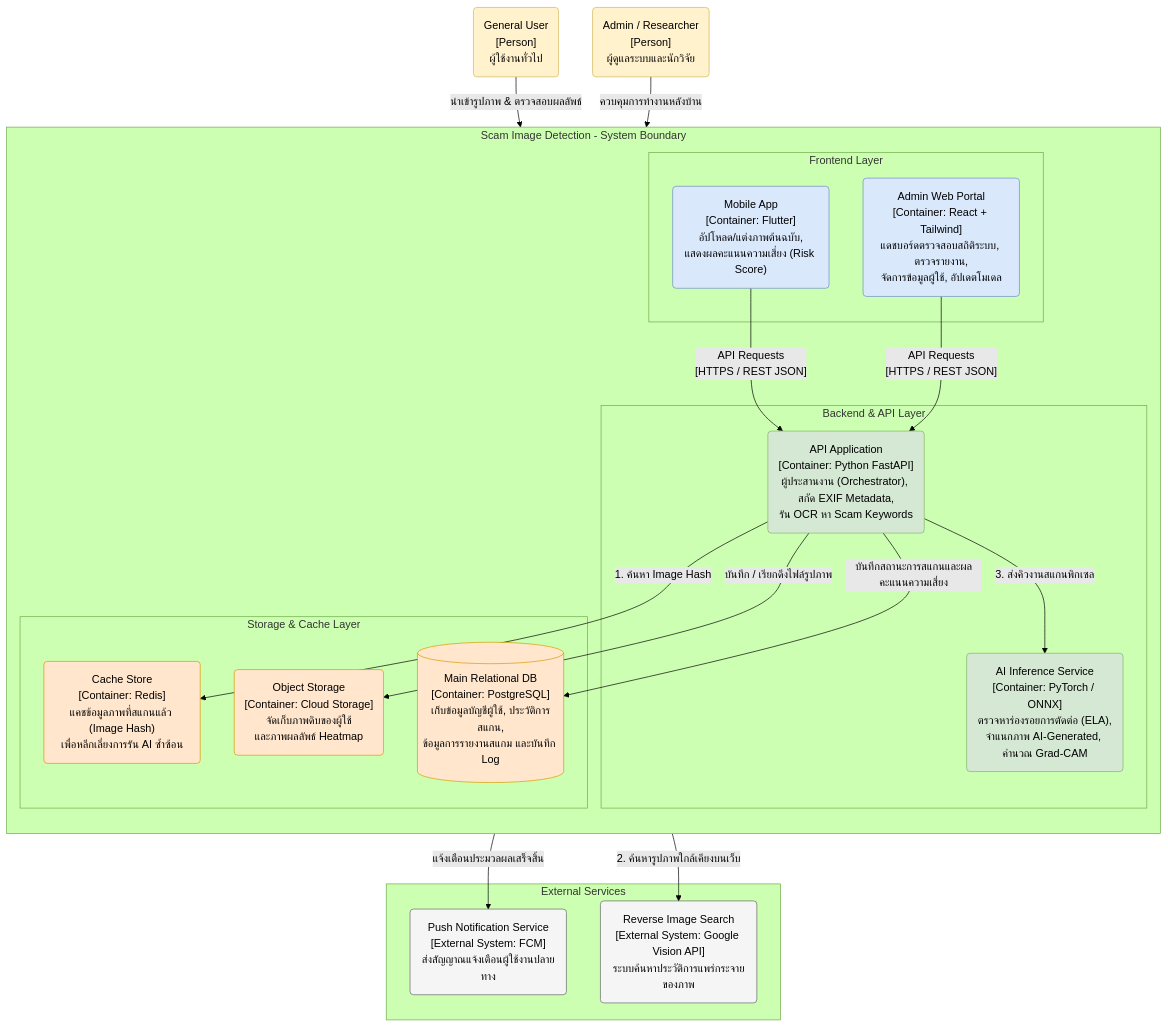
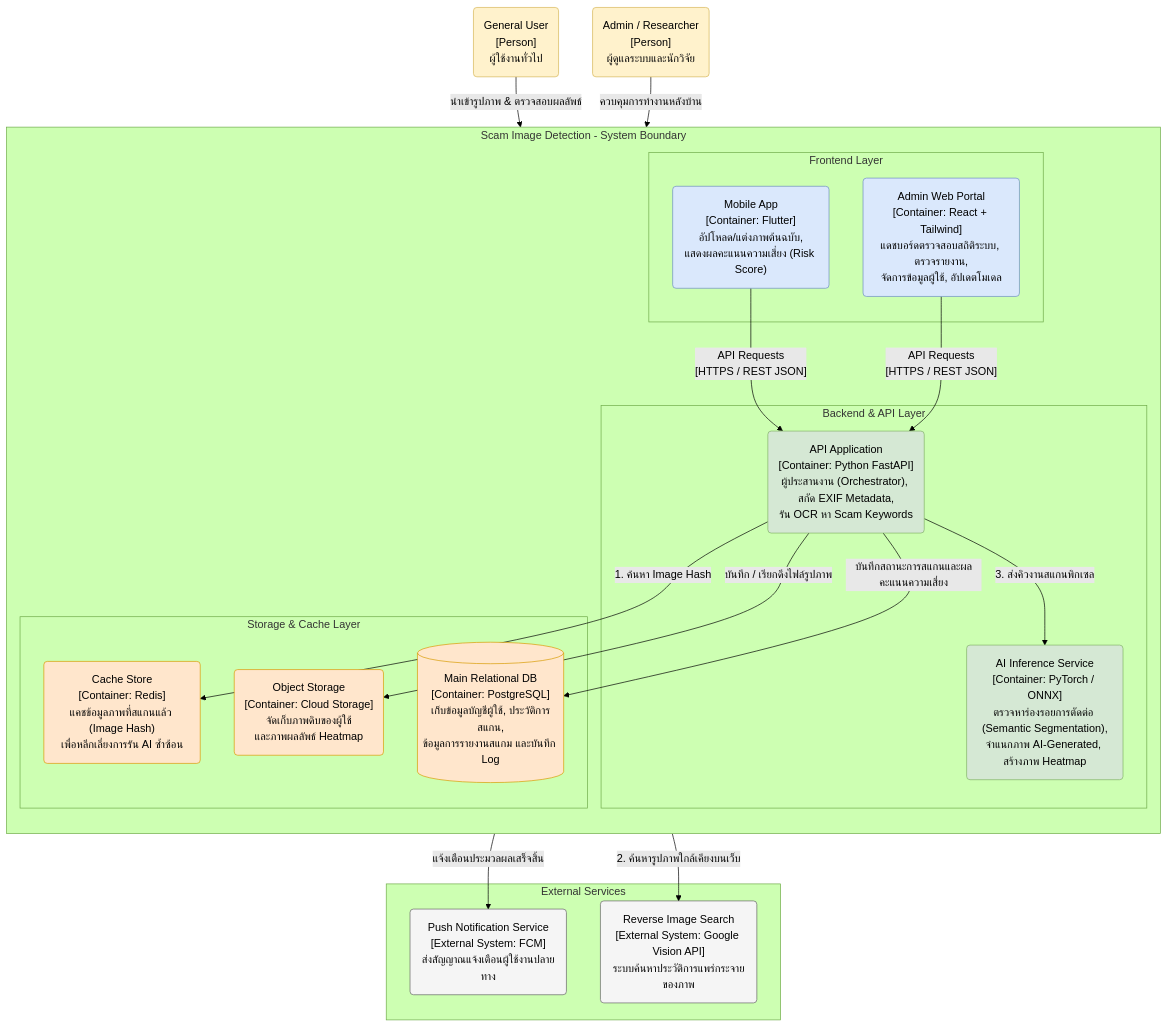
Before and after one commit to Panuwat-ta/project: the second of 3 diagrams in design/architecture.md, drawn with Mermaid (forest theme). The commit also changed other lines of this file and 61 other files, not shown here.

Commit message:
refactor: update documentation terminology by replacing ELA and outdated model metrics with semantic segmentation standards across project wiki and web docs

````diff
--- a/design/architecture.md
+++ b/design/architecture.md
@@ -80,62 +80,62 @@
 ```mermaid
 flowchart TB
     %% การตั้งค่า Class สีต่างๆ
     classDef userFill fill:#fff2cc,stroke:#d6b656,color:black
     classDef clientFill fill:#dae8fc,stroke:#6c8ebf,color:black
     classDef backendFill fill:#d5e8d4,stroke:#82b366,color:black
     classDef storageFill fill:#ffe6cc,stroke:#d79b00,color:black
     classDef extFill fill:#f5f5f5,stroke:#666666,color:black
 
     %% Actors Boundary
     User("General User<br>[Person]<br>ผู้ใช้งานทั่วไป")
     Admin("Admin / Researcher<br>[Person]<br>ผู้ดูแลระบบและนักวิจัย")
 
     %% System Boundary
     subgraph ScamSystem [Scam Image Detection - System Boundary]
         direction TB
 
         subgraph Frontends [Frontend Layer]
             MobileApp("Mobile App<br>[Container: Flutter]<br>อัปโหลด/แต่งภาพต้นฉบับ,<br>แสดงผลคะแนนความเสี่ยง (Risk Score)")
             AdminPortal("Admin Web Portal<br>[Container: React + Tailwind]<br>แดชบอร์ดตรวจสอบสถิติระบบ, ตรวจรายงาน,<br>จัดการข้อมูลผู้ใช้, อัปเดตโมเดล")
         end
 
         subgraph Backends [Backend & API Layer]
             APIGateway("API Application<br>[Container: Python FastAPI]<br>ผู้ประสานงาน (Orchestrator), สกัด EXIF Metadata,<br>รัน OCR หา Scam Keywords")
-            AIInference("AI Inference Service<br>[Container: PyTorch / ONNX]<br>ตรวจหาร่องรอยการตัดต่อ (ELA),<br>จำแนกภาพ AI-Generated, คำนวณ Grad-CAM")
+            AIInference("AI Inference Service<br>[Container: PyTorch / ONNX]<br>ตรวจหาร่องรอยการตัดต่อ (Semantic Segmentation),<br>จำแนกภาพ AI-Generated, สร้างภาพ Heatmap")
         end
 
         subgraph Storages [Storage & Cache Layer]
             Cache("Cache Store<br>[Container: Redis]<br>แคชข้อมูลภาพที่สแกนแล้ว (Image Hash)<br>เพื่อหลีกเลี่ยงการรัน AI ซ้ำซ้อน")
             ObjectStore("Object Storage<br>[Container: Cloud Storage]<br>จัดเก็บภาพดิบของผู้ใช้<br>และภาพผลลัพธ์ Heatmap")
             MainDB[("Main Relational DB<br>[Container: PostgreSQL]<br>เก็บข้อมูลบัญชีผู้ใช้, ประวัติการสแกน,<br>ข้อมูลการรายงานสแกม และบันทึก Log")]
         end
     end
 
     %% External Systems Boundary
     subgraph Externals [External Services]
         PushService("Push Notification Service<br>[External System: FCM]<br>ส่งสัญญาณแจ้งเตือนผู้ใช้งานปลายทาง")
         ReverseSearch("Reverse Image Search<br>[External System: Google Vision API]<br>ระบบค้นหาประวัติการแพร่กระจายของภาพ")
     end
 
     %% Relationships / Associations
     User -- "นำเข้ารูปภาพ & ตรวจสอบผลลัพธ์" --> MobileApp
     Admin -- "ควบคุมการทำงานหลังบ้าน" --> AdminPortal
 
     MobileApp -- "API Requests<br>[HTTPS / REST JSON]" --> APIGateway
     AdminPortal -- "API Requests<br>[HTTPS / REST JSON]" --> APIGateway
 
     APIGateway -- "1. ค้นหา Image Hash" --> Cache
     APIGateway -- "3. ส่งคิวงานสแกนพิกเซล" --> AIInference
     APIGateway -- "บันทึก / เรียกดึงไฟล์รูปภาพ" --> ObjectStore
     APIGateway -- "บันทึกสถานะการสแกนและผลคะแนนความเสี่ยง" --> MainDB
     
     APIGateway -- "แจ้งเตือนประมวลผลเสร็จสิ้น" --> PushService
     APIGateway -- "2. ค้นหารูปภาพใกล้เคียงบนเว็บ" --> ReverseSearch
 
     %% Apply Styles
     class User,Admin userFill
     class MobileApp,AdminPortal clientFill
     class APIGateway,AIInference backendFill
     class Cache,ObjectStore,MainDB storageFill
     class PushService,ReverseSearch extFill
 ```
````
